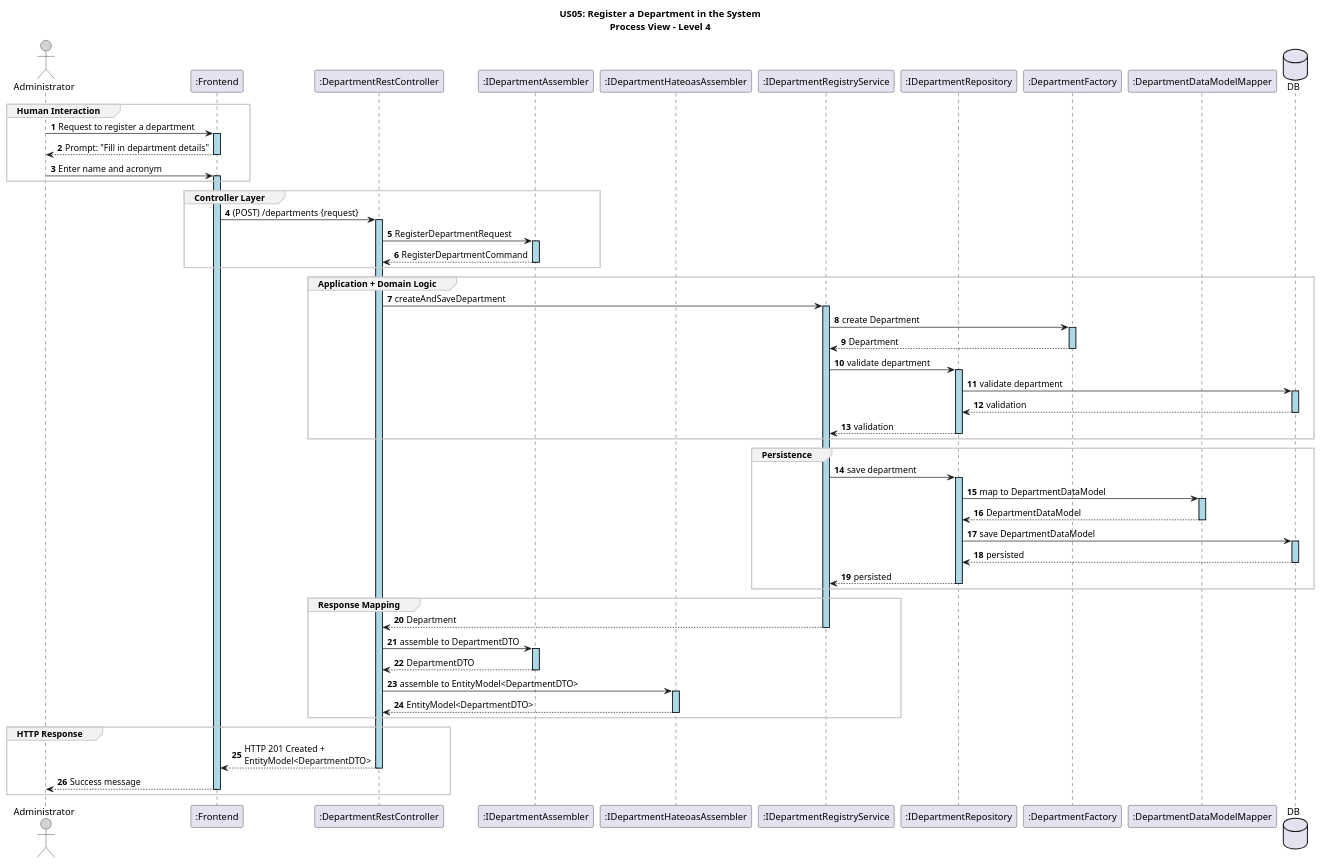
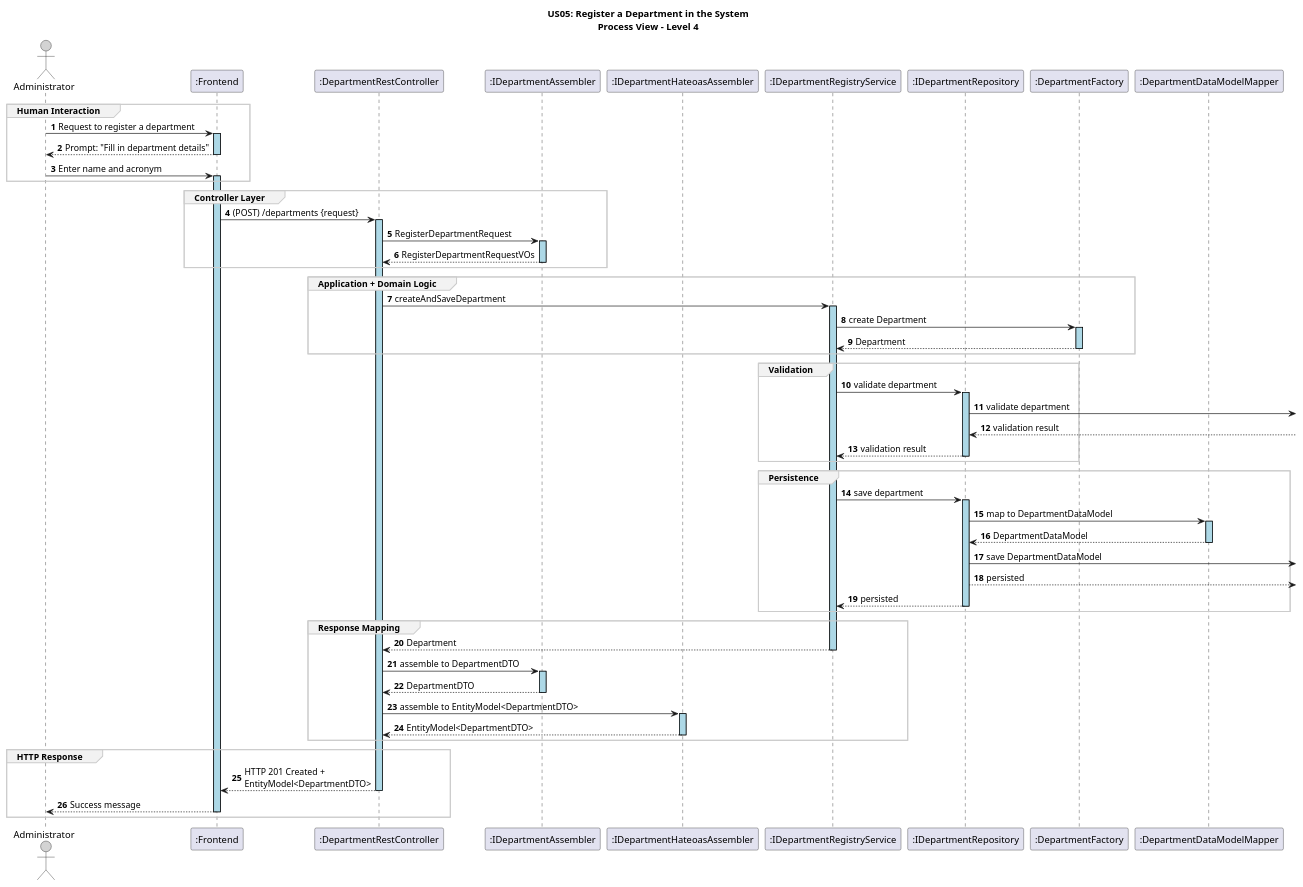
Before and after one commit to GasparISEP/DevOps-PAI: the diagram in docs/US05/sprint6_RestAPI/ProcessView/US05_RestAPI_ProcessView_Level4.puml, drawn with PlantUML. The commit also changed 4 other files, not shown here.

```diff
--- a/docs/US05/sprint6_RestAPI/ProcessView/US05_RestAPI_ProcessView_Level4.puml
+++ b/docs/US05/sprint6_RestAPI/ProcessView/US05_RestAPI_ProcessView_Level4.puml
@@ -1,71 +1,73 @@
 @startuml
 
 title US05: Register a Department in the System\nProcess View – Level 4
 
 autonumber
 skinparam sequence {
     LifelineBorderColor black
     LifelineBackgroundColor LightBlue
     ActorBorderColor black
     ActorBackgroundColor LightGray
     GroupBorderColor #cccccc
     GroupBackgroundColor #f2f2f2
 }
 
 actor "Administrator" as ADM
 participant ":Frontend" as UI
 participant ":DepartmentRestController" as Controller
 participant ":IDepartmentAssembler" as Assembler
 participant ":IDepartmentHateoasAssembler" as HAAssembler
 participant ":IDepartmentRegistryService" as Service
 participant ":IDepartmentRepository" as Repository
 participant ":DepartmentFactory" as Factory
 participant ":DepartmentDataModelMapper" as DataModelMapper
-database "DB" as SpringDataRepo
 
 group Human Interaction
 ADM -> UI ++: Request to register a department
 UI --> ADM --: Prompt: "Fill in department details"
 ADM -> UI ++: Enter name and acronym
 end group
 
 group Controller Layer
 UI -> Controller ++: (POST) /departments {request}
 Controller -> Assembler ++: RegisterDepartmentRequest
-Assembler --> Controller --: RegisterDepartmentCommand
+Assembler --> Controller --: RegisterDepartmentRequestVOs
 end group
 
 
 group Application + Domain Logic
 Controller -> Service ++: createAndSaveDepartment
 Service -> Factory ++: create Department
 Factory --> Service --: Department
+end group
+
+group Validation
 Service -> Repository ++: validate department
-Repository -> SpringDataRepo ++: validate department
-SpringDataRepo --> Repository --: validation
-Repository --> Service --: validation
+Repository -> : validate department
+Repository <-- : validation result
+Repository --> Service --: validation result
 end group
 
 group Persistence
 Service -> Repository ++: save department
 Repository -> DataModelMapper ++: map to DepartmentDataModel
 DataModelMapper --> Repository --: DepartmentDataModel
-Repository -> SpringDataRepo ++: save DepartmentDataModel
-SpringDataRepo --> Repository --: persisted
+Repository -> : save DepartmentDataModel
+Repository --> : persisted
 Repository --> Service --: persisted
 end group
 
 group Response Mapping
 Service --> Controller --: Department
 Controller -> Assembler ++: assemble to DepartmentDTO
 Assembler --> Controller --: DepartmentDTO
 Controller -> HAAssembler ++: assemble to EntityModel<DepartmentDTO>
 HAAssembler --> Controller --: EntityModel<DepartmentDTO>
 end group
 
 group HTTP Response
 Controller --> UI --: HTTP 201 Created + \nEntityModel<DepartmentDTO>
 UI --> ADM --: Success message
 end group
 
 @enduml
```
